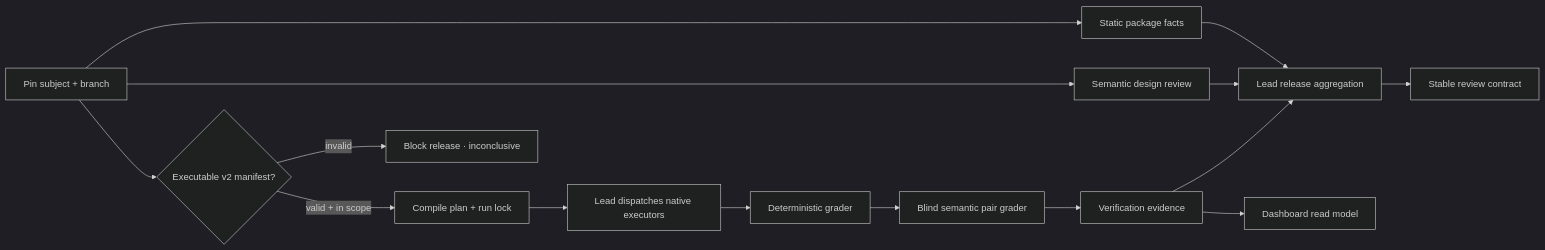
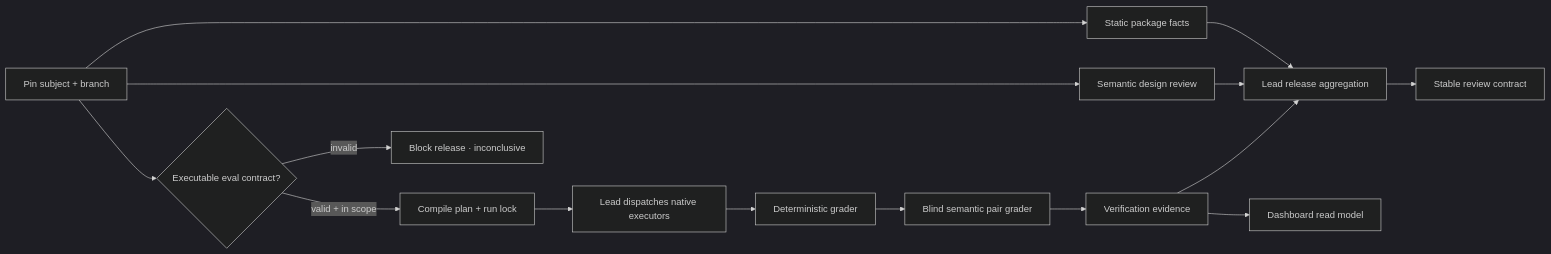
Before and after one commit to Nirvana-Jie/skill-reviewer: the first of 3 diagrams in docs/QUALITY_ARCHITECTURE.md, drawn with Mermaid (dark theme). The commit also changed other lines of this file and 33 other files, not shown here.

````diff
--- a/docs/QUALITY_ARCHITECTURE.md
+++ b/docs/QUALITY_ARCHITECTURE.md
@@ -45,17 +45,17 @@
 ```mermaid
 flowchart LR
     A["Pin subject + branch"] --> B["Static package facts"]
     A --> C["Semantic design review"]
-    A --> D{"Executable v2 manifest?"}
+    A --> D{"Executable eval contract?"}
     D -->|"invalid"| X["Block release · inconclusive"]
     D -->|"valid + in scope"| E["Compile plan + run lock"]
     E --> F["Lead dispatches native executors"]
     F --> G["Deterministic grader"]
     G --> H["Blind semantic pair grader"]
     H --> I["Verification evidence"]
     B --> J["Lead release aggregation"]
     C --> J
     I --> J
     J --> K["Stable review contract"]
     I --> L["Dashboard read model"]
 ```
````
